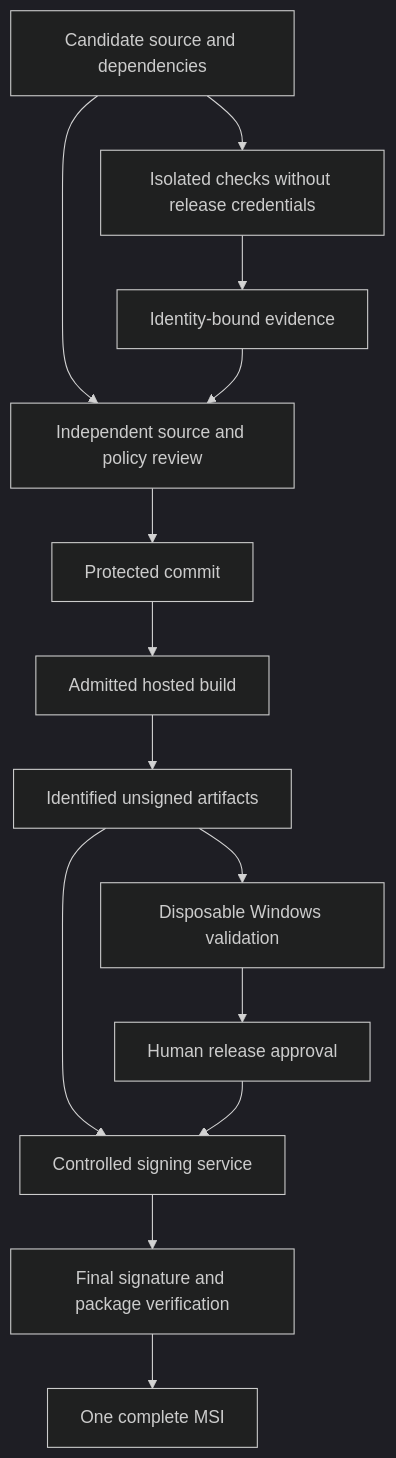
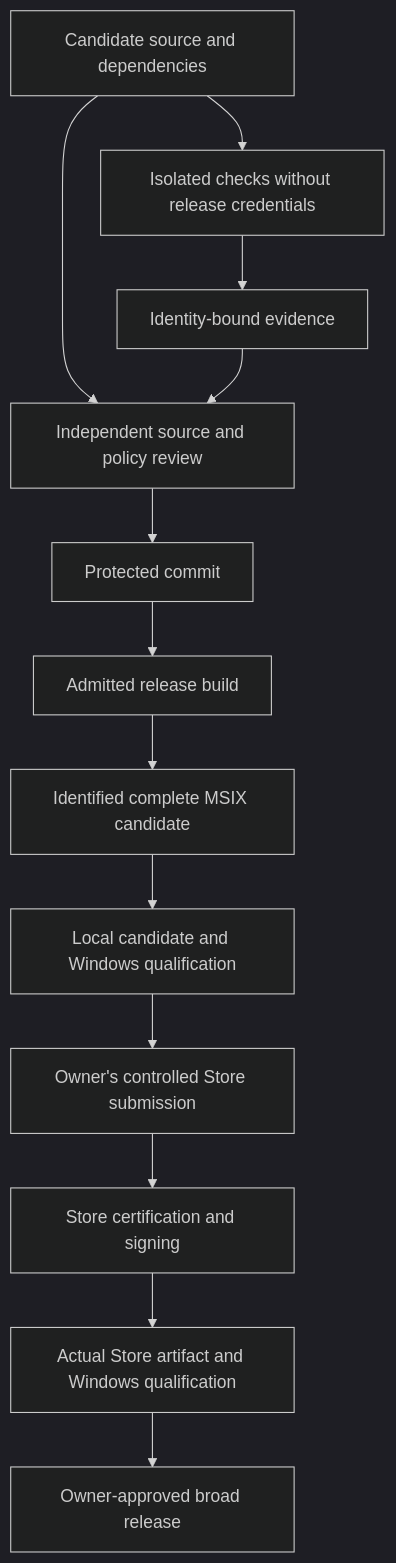
One commit to DavidOsipov/NevroTick changed the diagram in docs/windows-time-development-hardening.md. Above: the diagram before and after it, drawn with Mermaid (dark theme). The commit also changed other lines of this file and 24 other files, not shown here.

First line of the commit message:
docs: select hardened MSIX and Store submission path

````diff
--- a/docs/windows-time-development-hardening.md
+++ b/docs/windows-time-development-hardening.md
@@ -99,16 +101,15 @@
 ```mermaid
 flowchart TD
     A["Candidate source and dependencies"] --> B["Isolated checks without release credentials"]
     B --> C["Identity-bound evidence"]
     A --> D["Independent source and policy review"]
     C --> D
     D --> E["Protected commit"]
-    E --> F["Admitted hosted build"]
-    F --> G["Identified unsigned artifacts"]
-    G --> H["Disposable Windows validation"]
-    H --> I["Human release approval"]
-    G --> J["Controlled signing service"]
-    I --> J
-    J --> K["Final signature and package verification"]
-    K --> L["One complete MSI"]
+    E --> F["Admitted release build"]
+    F --> G["Identified complete MSIX candidate"]
+    G --> H["Local candidate and Windows qualification"]
+    H --> I["Owner's controlled Store submission"]
+    I --> J["Store certification and signing"]
+    J --> K["Actual Store artifact and Windows qualification"]
+    K --> L["Owner-approved broad release"]
 ```
````
